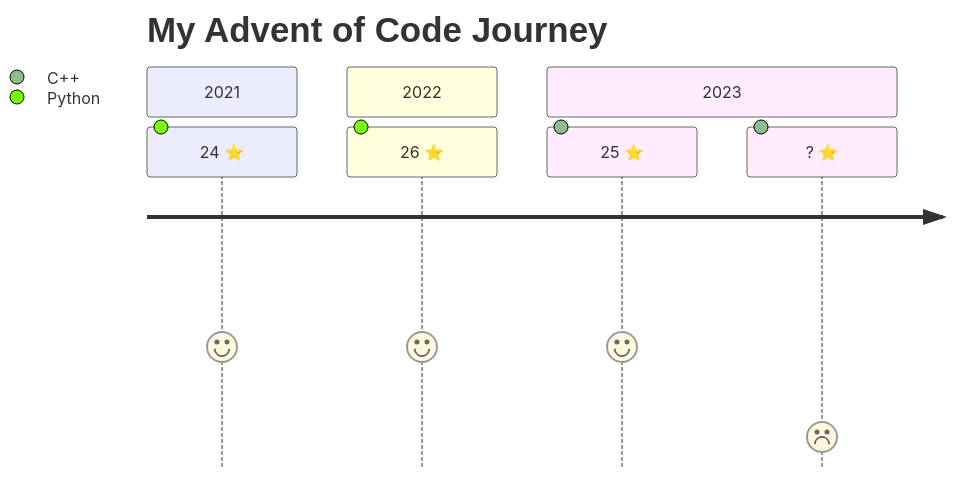
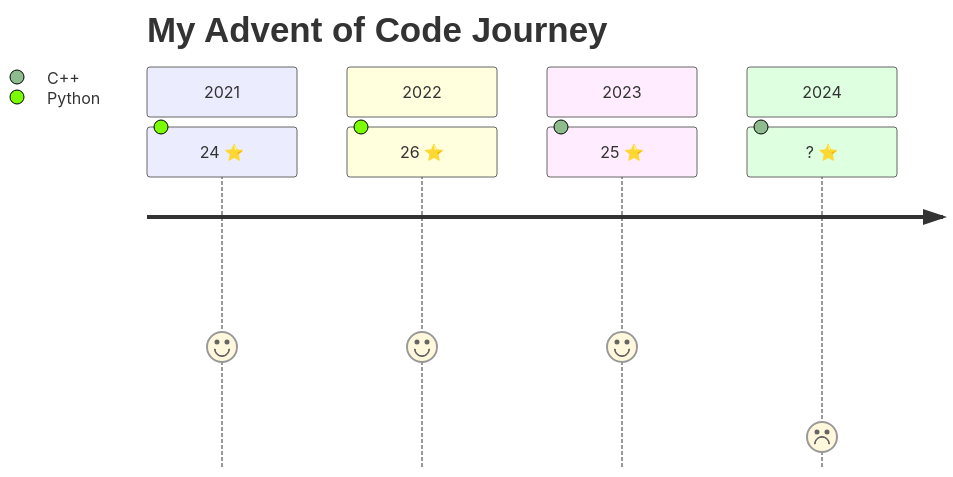
The diagram in README.md (mlcsthor/advent-of-code), drawn with Mermaid before and after one commit.

Commit message:
🐛 Fix README

````diff
--- a/README.md
+++ b/README.md
@@ -1,12 +1,12 @@
 ```mermaid
 journey
     title My Advent of Code Journey
     section 2021
       24 ⭐: 4: Python
     section 2022
       26 ⭐: 4: Python
     section 2023
       25 ⭐: 4: C++
-    section 2023
+    section 2024
       ? ⭐: 1: C++
 ```
````
